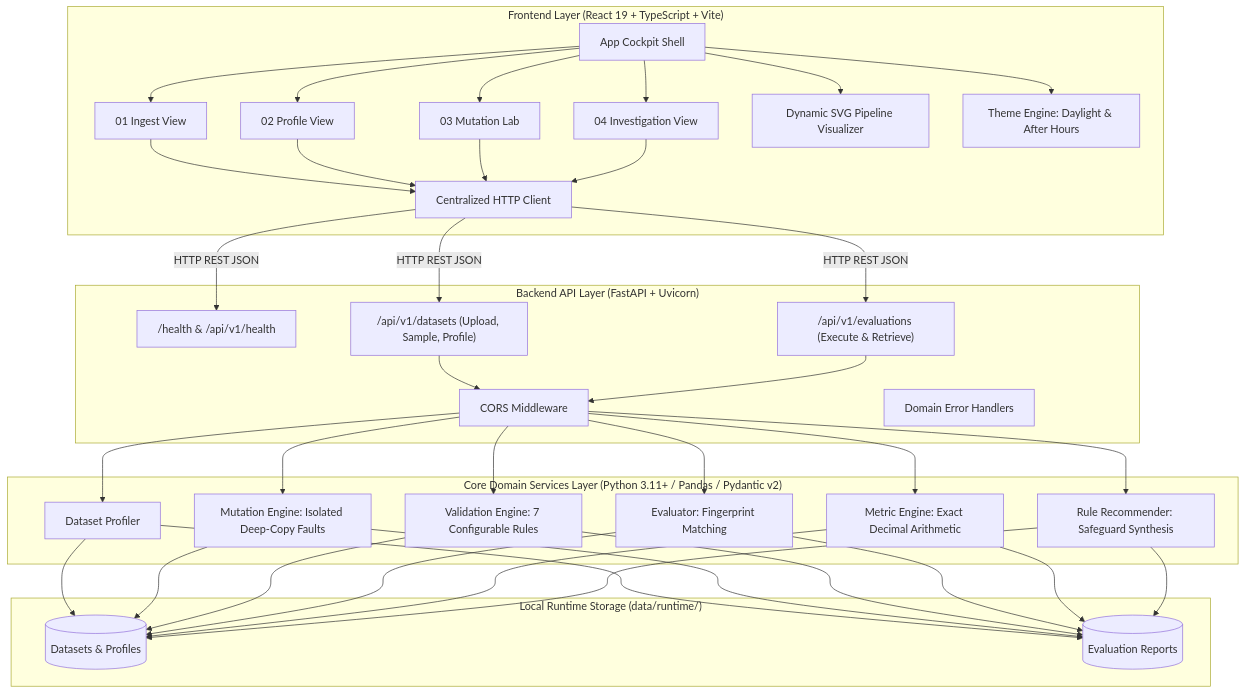
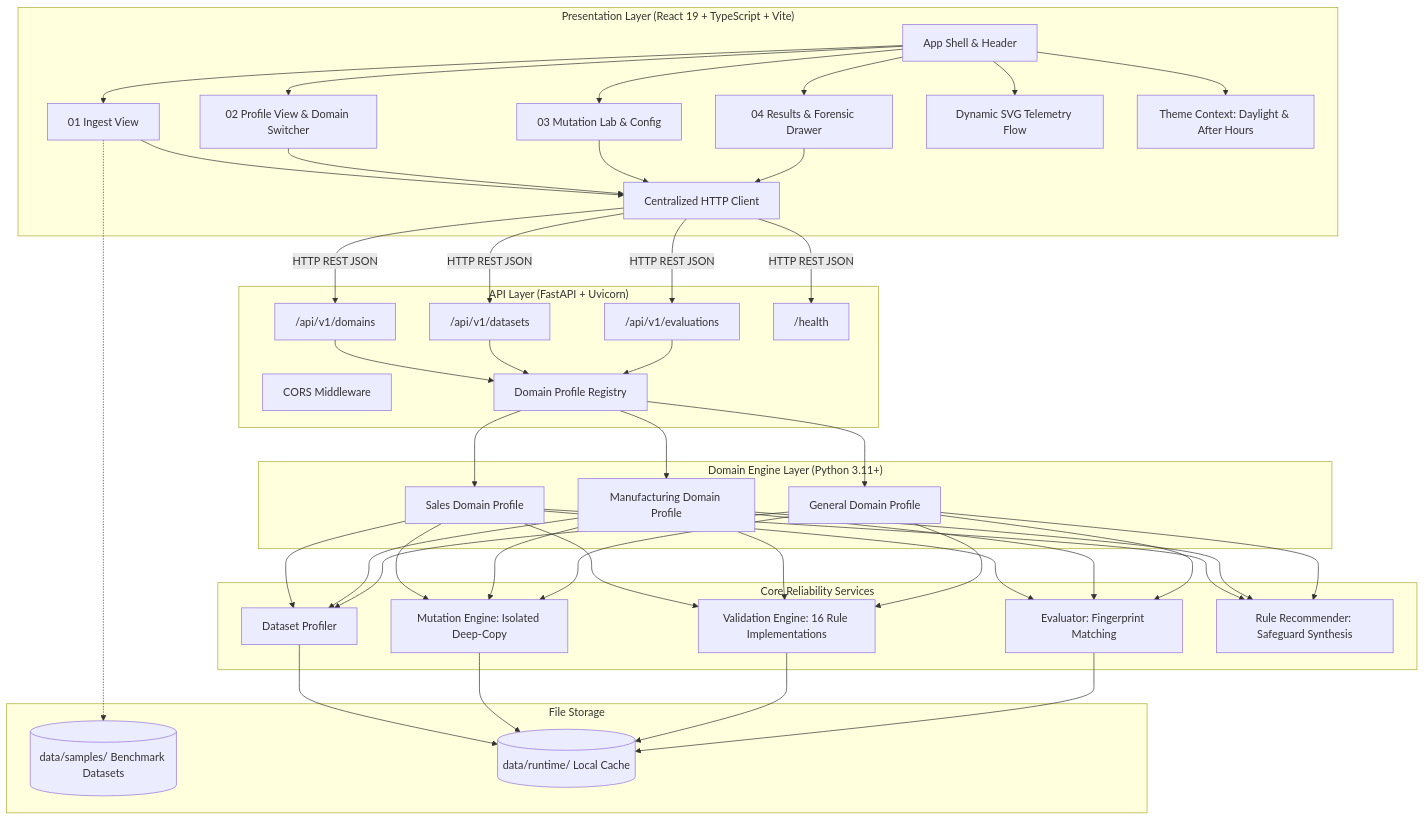
Before and after one commit to rahulgoreofficial/DataTripwire-Data-Pipeline-Reliability-Mutation-Testing: the second of 2 diagrams in README.md, drawn with Mermaid. The commit also changed other lines of this file and 35 other files, not shown here.

Commit message:
feat: multi-domain reliability engine, 16-page project report, sample datasets, and documentation

````diff
--- a/README.md
+++ b/README.md
@@ -107,42 +259,51 @@
 ```mermaid
 graph TD
-    subgraph Frontend["Frontend Layer (React 19 + TypeScript + Vite)"]
-        UI[App Cockpit Shell]
+    subgraph Client["Presentation Layer (React 19 + TypeScript + Vite)"]
+        UI[App Shell & Header]
         V1[01 Ingest View]
-        V2[02 Profile View]
-        V3[03 Mutation Lab]
-        V4[04 Investigation View]
-        SVG[Dynamic SVG Pipeline Visualizer]
-        TH[Theme Engine: Daylight & After Hours]
-        API_C[Centralized HTTP Client]
+        V2[02 Profile View & Domain Switcher]
+        V3[03 Mutation Lab & Config]
+        V4[04 Results & Forensic Drawer]
+        SVG[Dynamic SVG Telemetry Flow]
+        THEME[Theme Context: Daylight & After Hours]
+        API_CLIENT[Centralized HTTP Client]
     end
 
-    subgraph Backend["Backend API Layer (FastAPI + Uvicorn)"]
-        R_H["/health & /api/v1/health"]
-        R_DS["/api/v1/datasets (Upload, Sample, Profile)"]
-        R_EV["/api/v1/evaluations (Execute & Retrieve)"]
+    subgraph Backend["API Layer (FastAPI + Uvicorn)"]
+        R_DOM["/api/v1/domains"]
+        R_DS["/api/v1/datasets"]
+        R_EV["/api/v1/evaluations"]
+        R_HLTH["/health"]
         CORS[CORS Middleware]
-        EX[Domain Error Handlers]
+        REG[Domain Profile Registry]
     end
 
-    subgraph Services["Core Domain Services Layer (Python 3.11+ / Pandas / Pydantic v2)"]
+    subgraph Domains["Domain Engine Layer (Python 3.11+)"]
+        DOM_SALES[Sales Domain Profile]
+        DOM_MFG[Manufacturing Domain Profile]
+        DOM_GEN[General Domain Profile]
+    end
+
+    subgraph Services["Core Reliability Services"]
         PROF[Dataset Profiler]
-        MUT[Mutation Engine: Isolated Deep-Copy Faults]
-        VAL[Validation Engine: 7 Configurable Rules]
+        MUT[Mutation Engine: Isolated Deep-Copy]
+        VAL[Validation Engine: 16 Rule Implementations]
         EVAL[Evaluator: Fingerprint Matching]
-        MET[Metric Engine: Exact Decimal Arithmetic]
         REC[Rule Recommender: Safeguard Synthesis]
     end
 
-    subgraph Storage["Local Runtime Storage (data/runtime/)"]
-        DS_STORE[(Datasets & Profiles)]
-        EV_STORE[(Evaluation Reports)]
+    subgraph Storage["File Storage"]
+        SAMPLES[(data/samples/ Benchmark Datasets)]
+        RUNTIME[(data/runtime/ Local Cache)]
     end
 
     UI --> V1 & V2 & V3 & V4
-    UI --> SVG & TH
-    V1 & V2 & V3 & V4 --> API_C
-    API_C -->|HTTP REST JSON| R_H & R_DS & R_EV
-    R_DS & R_EV --> CORS --> PROF & MUT & VAL & EVAL & MET & REC
-    PROF & MUT & VAL & EVAL & MET & REC --> DS_STORE & EV_STORE
+    UI --> SVG & THEME
+    V1 & V2 & V3 & V4 --> API_CLIENT
+    API_CLIENT -->|HTTP REST JSON| R_HLTH & R_DOM & R_DS & R_EV
+    R_DOM & R_DS & R_EV --> REG
+    REG --> DOM_SALES & DOM_MFG & DOM_GEN
+    DOM_SALES & DOM_MFG & DOM_GEN --> PROF & MUT & VAL & EVAL & REC
+    PROF & MUT & VAL & EVAL --> RUNTIME
+    V1 -.-> SAMPLES
 ```
````
